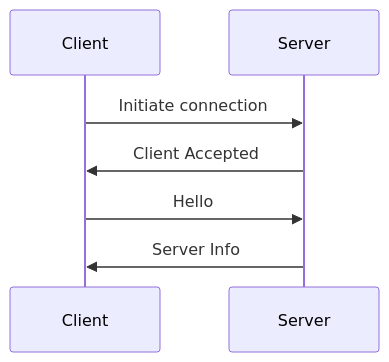
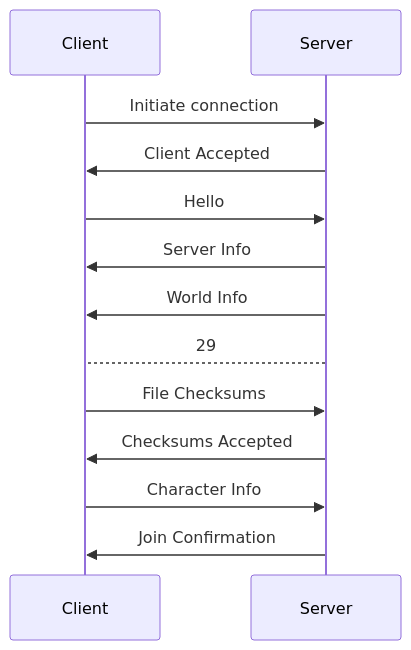
The second of 6 diagrams in docs/networking/protocol/joining.mdx (Scrap-Mods/docs), drawn with Mermaid before and after one commit. The commit also changed other lines of this file and 5 other files, not shown here.

````diff
--- a/docs/networking/protocol/joining.mdx
+++ b/docs/networking/protocol/joining.mdx
@@ -36,7 +49,13 @@
 ```mermaid
 sequenceDiagram
     Client->>Server: Initiate connection
     Server->>Client: Client Accepted
     Client->>Server: Hello
     Server->>Client: Server Info
+    Server->>Client: World Info
+    Server-->Client: 29
+    Client->>Server: File Checksums
+    Server->>Client: Checksums Accepted
+    Client->>Server: Character Info
+    Server->>Client: Join Confirmation
 ```
````
